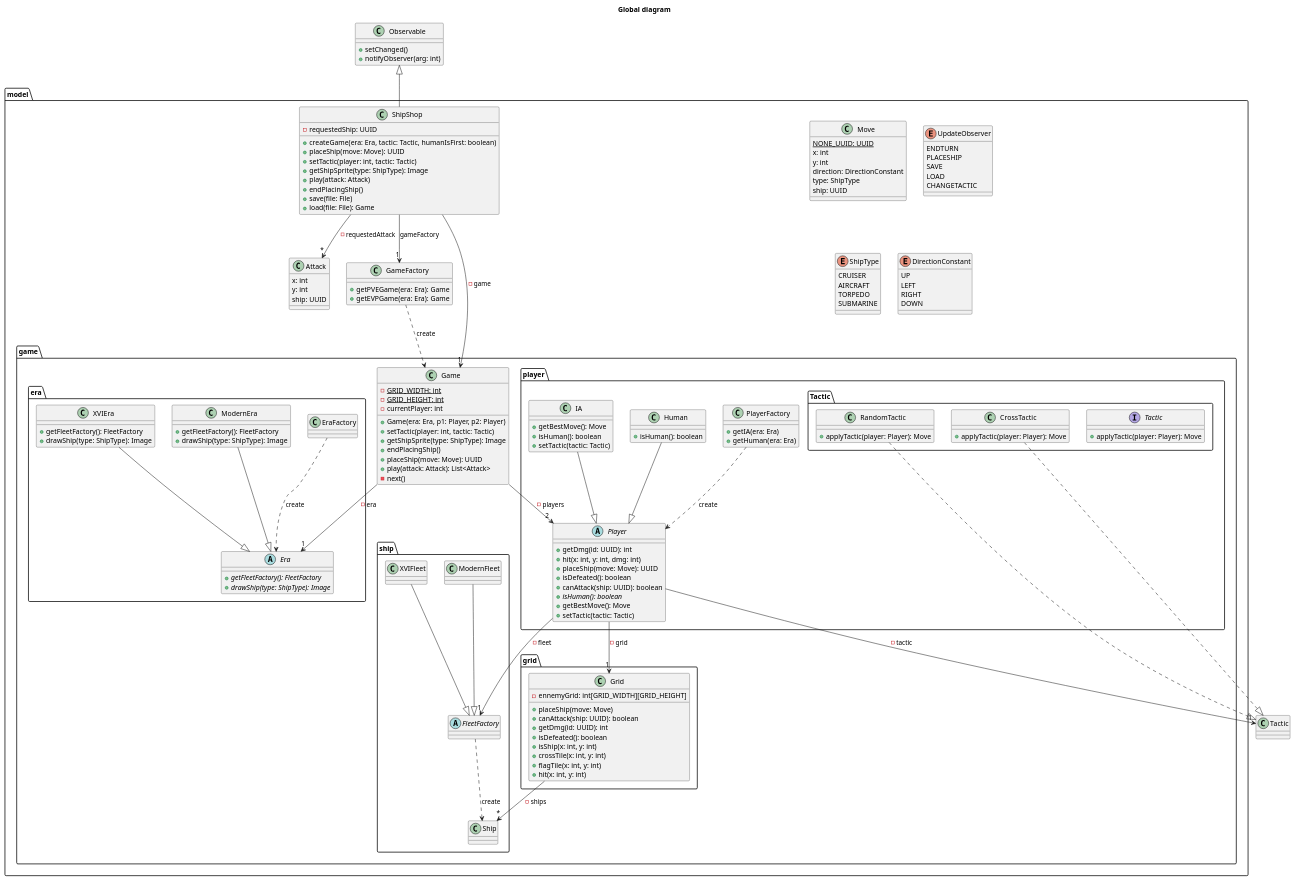
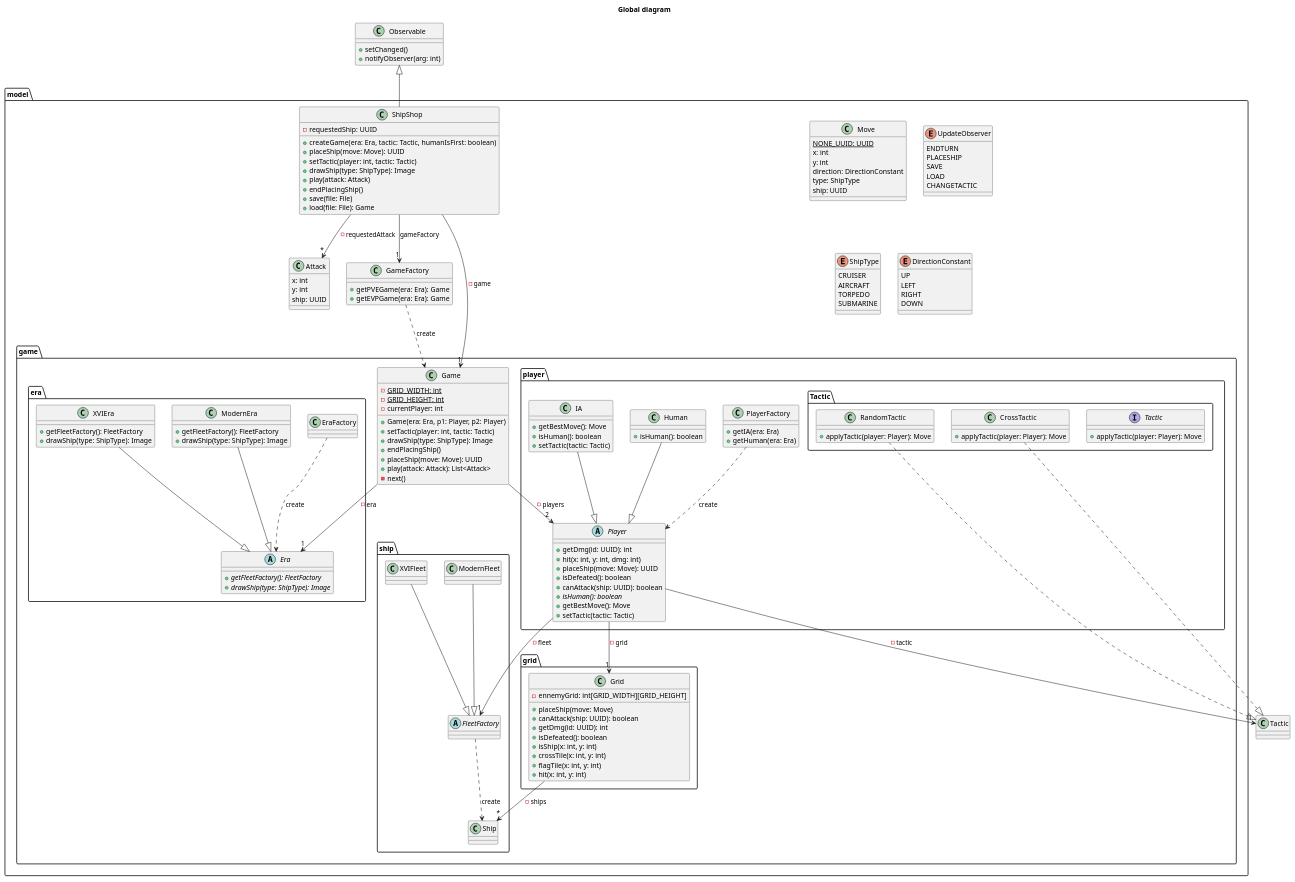
The diagram in doc/conception/pmul/class/global.puml (Reynault/ShipShop), drawn with PlantUML before and after one commit. The commit also changed 3 other files, not shown here.

Commit message:
update sequences

```diff
--- a/doc/conception/pmul/class/global.puml
+++ b/doc/conception/pmul/class/global.puml
@@ -56,7 +56,7 @@
         + createGame(era: Era, tactic: Tactic, humanIsFirst: boolean)
         + placeShip(move: Move): UUID
         + setTactic(player: int, tactic: Tactic)
-        + getShipSprite(type: ShipType): Image
+        + drawShip(type: ShipType): Image
         + play(attack: Attack)
         + endPlacingShip()
         + save(file: File)
@@ -94,7 +94,7 @@
             - currentPlayer: int
             + Game(era: Era, p1: Player, p2: Player)
             + setTactic(player: int, tactic: Tactic)
-            + getShipSprite(type: ShipType): Image
+            + drawShip(type: ShipType): Image
             + endPlacingShip()
             + placeShip(move: Move): UUID
             + play(attack: Attack): List<Attack>
```
